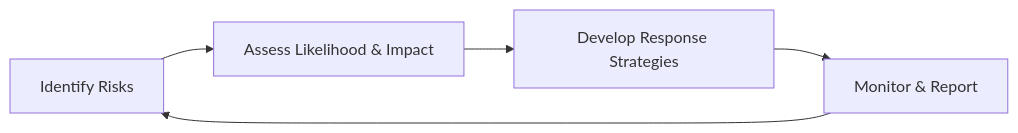
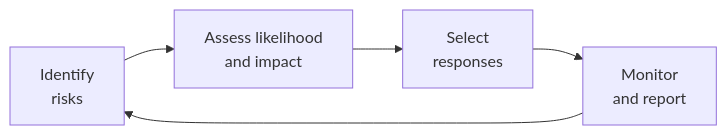
One commit to subwaymatch/cpabear-book changed the diagram in docs/bar/business-analysis-prospective/risk-management.md. Above: the diagram before and after it, drawn with Mermaid. The commit also changed other lines of this file and 204 other files, not shown here.

First line of the commit message:
Update the book for the 2027 CPA Exam Blueprints, fix dark-mode diagrams, add diagram zoom (#49)

````diff
--- a/docs/bar/business-analysis-prospective/risk-management.md
+++ b/docs/bar/business-analysis-prospective/risk-management.md
@@ -17,7 +13,7 @@
 ```mermaid
 graph LR
-    A["Identify Risks"] --> B["Assess Likelihood & Impact"]
-    B --> C["Develop Response Strategies"]
-    C --> D["Monitor & Report"]
+    A["Identify<br/>risks"] --> B["Assess likelihood<br/>and impact"]
+    B --> C["Select<br/>responses"]
+    C --> D["Monitor<br/>and report"]
     D --> A
 ```
````
